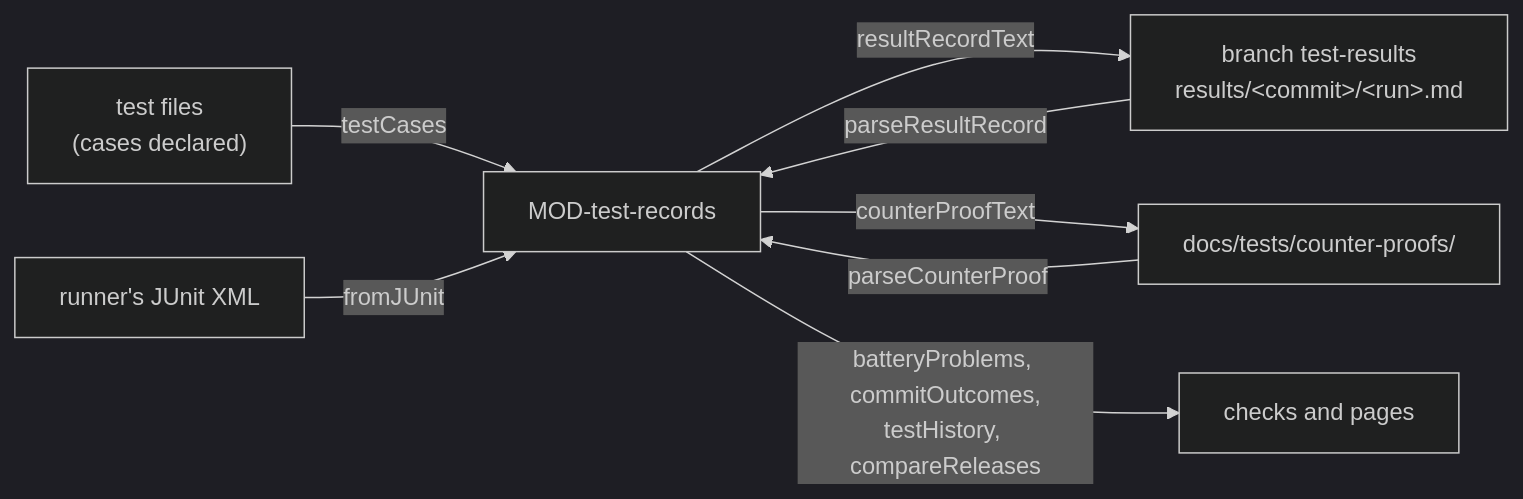
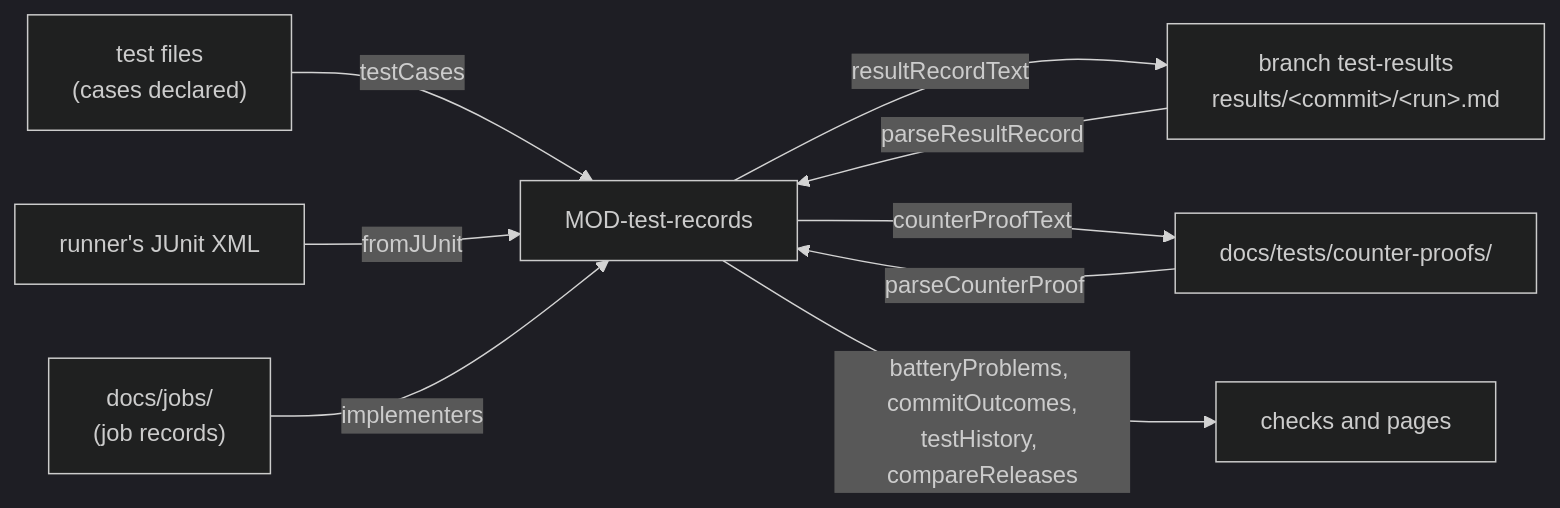
Before and after one commit to akmaier/agent-m: the diagram in docs/architecture/ARC-027-tests-and-their-evidence.md, drawn with Mermaid (dark theme). The commit also changed other lines of this file and 3 other files, not shown here.

````diff
--- a/docs/architecture/ARC-027-tests-and-their-evidence.md
+++ b/docs/architecture/ARC-027-tests-and-their-evidence.md
@@ -134,15 +143,16 @@
 ```mermaid
 flowchart LR
     T["test files<br/>(cases declared)"]
     J["runner's JUnit XML"]
     CP["docs/tests/counter-proofs/"]
     RR["branch test-results<br/>results/&lt;commit&gt;/&lt;run&gt;.md"]
     TR["MOD-test-records"]
     T -->|"testCases"| TR
     J -->|"fromJUnit"| TR
     TR -->|"resultRecordText"| RR
     TR -->|"counterProofText"| CP
     RR -->|"parseResultRecord"| TR
     CP -->|"parseCounterProof"| TR
+    JR["docs/jobs/<br/>(job records)"] -->|"implementers"| TR
     TR -->|"batteryProblems, commitOutcomes,<br/>testHistory, compareReleases"| V["checks and pages"]
 ```
````
